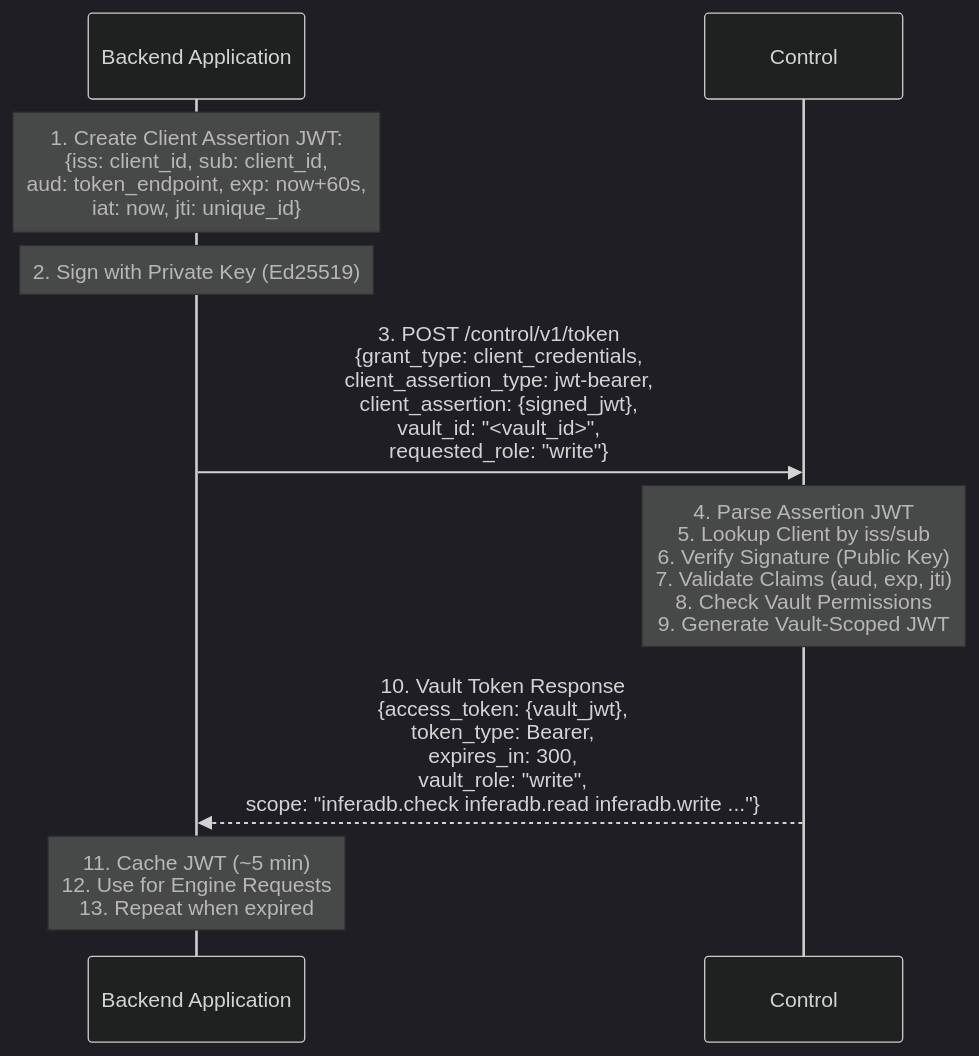
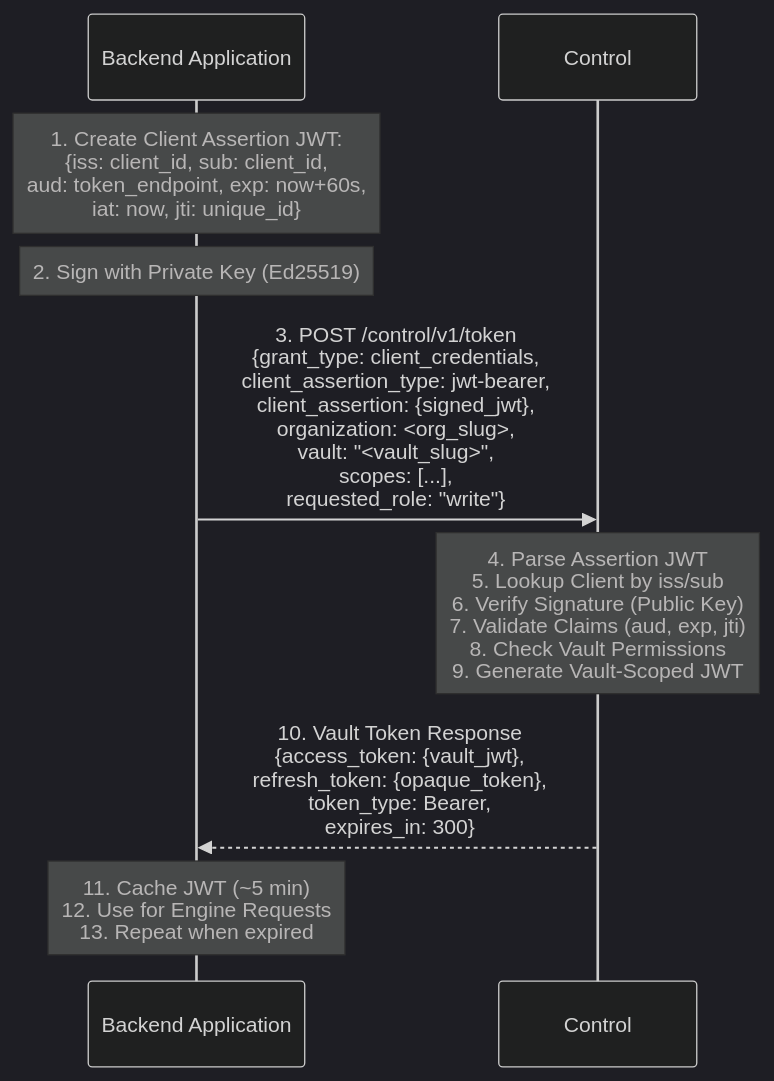
The fourth of 8 diagrams in docs/authentication.md (inferadb/control), drawn with Mermaid (dark theme) before and after one commit. The commit also changed other lines of this file and 46 other files, not shown here.

````diff
--- a/docs/authentication.md
+++ b/docs/authentication.md
@@ -451,17 +407,17 @@
 ```mermaid
 sequenceDiagram
     participant Backend as Backend Application
     participant MgmtAPI as Control
 
     Note over Backend: 1. Create Client Assertion JWT:<br/>{iss: client_id, sub: client_id,<br/>aud: token_endpoint, exp: now+60s,<br/>iat: now, jti: unique_id}
 
     Note over Backend: 2. Sign with Private Key (Ed25519)
 
-    Backend->>MgmtAPI: 3. POST /control/v1/token<br/>{grant_type: client_credentials,<br/>client_assertion_type: jwt-bearer,<br/>client_assertion: {signed_jwt},<br/>vault_id: "<vault_id>",<br/>requested_role: "write"}
+    Backend->>MgmtAPI: 3. POST /control/v1/token<br/>{grant_type: client_credentials,<br/>client_assertion_type: jwt-bearer,<br/>client_assertion: {signed_jwt},<br/>organization: <org_slug>,<br/>vault: "<vault_slug>",<br/>scopes: [...],<br/>requested_role: "write"}
 
     Note over MgmtAPI: 4. Parse Assertion JWT<br/>5. Lookup Client by iss/sub<br/>6. Verify Signature (Public Key)<br/>7. Validate Claims (aud, exp, jti)<br/>8. Check Vault Permissions<br/>9. Generate Vault-Scoped JWT
 
-    MgmtAPI-->>Backend: 10. Vault Token Response<br/>{access_token: {vault_jwt},<br/>token_type: Bearer,<br/>expires_in: 300,<br/>vault_role: "write",<br/>scope: "inferadb.check inferadb.read inferadb.write ..."}
+    MgmtAPI-->>Backend: 10. Vault Token Response<br/>{access_token: {vault_jwt},<br/>refresh_token: {opaque_token},<br/>token_type: Bearer,<br/>expires_in: 300}
 
     Note over Backend: 11. Cache JWT (~5 min)<br/>12. Use for Engine Requests<br/>13. Repeat when expired
 ```
````
